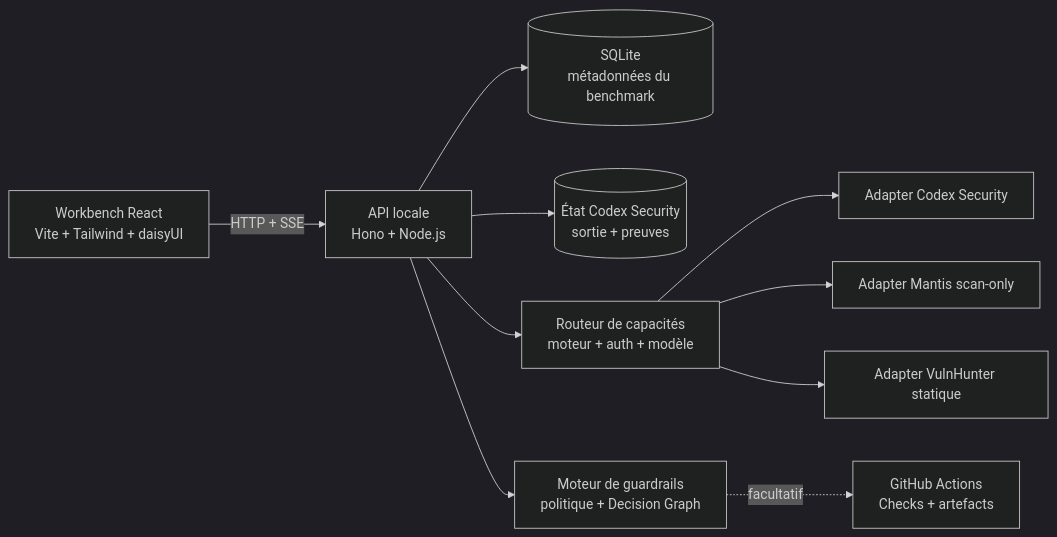
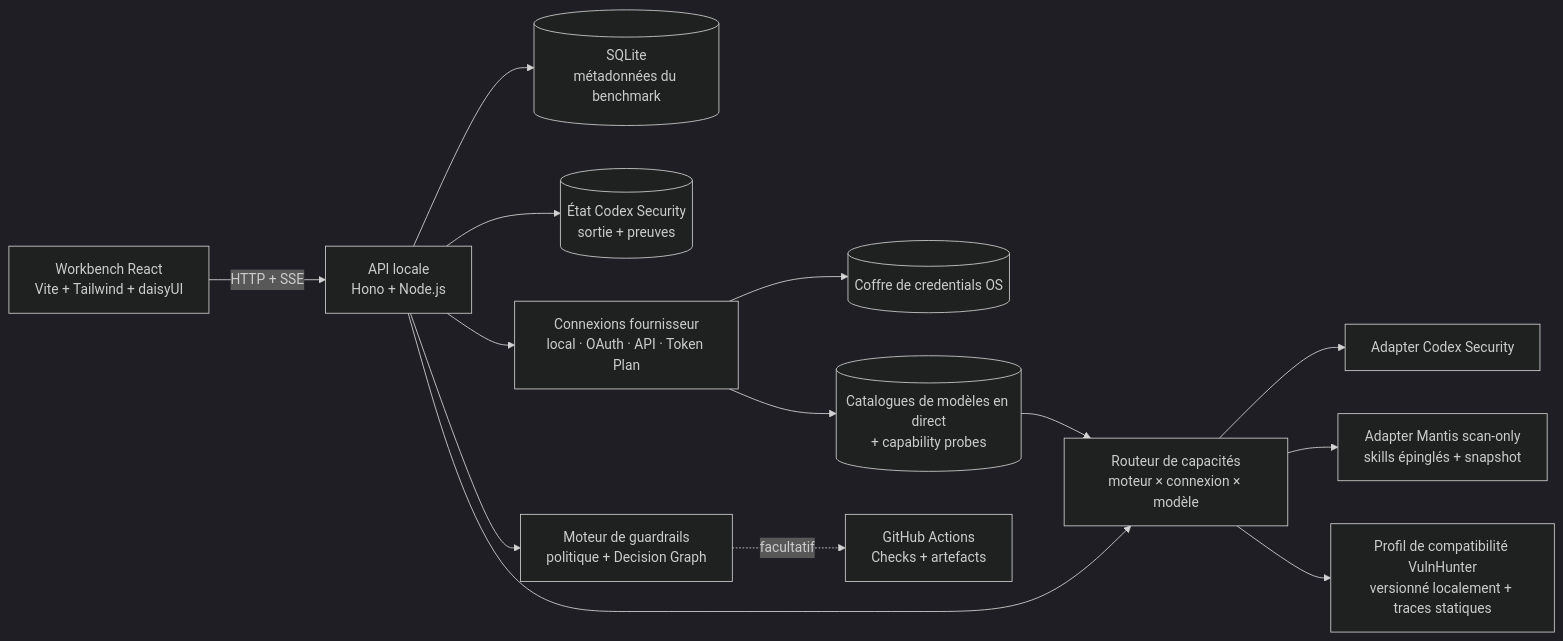
One commit to OkamiOps/okami-sentinel changed the diagram in README.fr.md. Above: the diagram before and after it, drawn with Mermaid (dark theme). The commit also changed other lines of this file and 11 other files, not shown here.

````diff
--- a/README.fr.md
+++ b/README.fr.md
@@ -105,23 +122,30 @@
 ```mermaid
 flowchart LR
     UI["Workbench React\nVite + Tailwind + daisyUI"]
     API["API locale\nHono + Node.js"]
     DB[("SQLite\nmétadonnées du benchmark")]
     STATE[("État Codex Security\nsortie + preuves")]
-    ROUTER["Routeur de capacités\nmoteur + auth + modèle"]
-    SCANNER["Adapter Codex Security"]
-    MANTIS["Adapter Mantis scan-only"]
-    VULNHUNTER["Adapter VulnHunter statique"]
+    CONNECTIONS["Connexions fournisseur\nlocal · OAuth · API · Token Plan"]
+    VAULT[("Coffre de credentials OS")]
+    MODELS[("Catalogues de modèles en direct\n+ capability probes")]
+    ROUTER["Routeur de capacités\nmoteur × connexion × modèle"]
+    CODEXSEC["Adapter Codex Security"]
+    MANTIS["Adapter Mantis scan-only\nskills épinglés + snapshot"]
+    VULNHUNTER["Profil de compatibilité VulnHunter\nversionné localement + traces statiques"]
     GATE["Moteur de guardrails\npolitique + Decision Graph"]
     GH["GitHub Actions\nChecks + artefacts"]
 
     UI -->|HTTP + SSE| API
     API --> DB
     API --> STATE
+    API --> CONNECTIONS
+    CONNECTIONS --> VAULT
+    CONNECTIONS --> MODELS
+    MODELS --> ROUTER
     API --> ROUTER
-    ROUTER --> SCANNER
+    ROUTER --> CODEXSEC
     ROUTER --> MANTIS
     ROUTER --> VULNHUNTER
     API --> GATE
     GATE -. facultatif .-> GH
 ```
````
